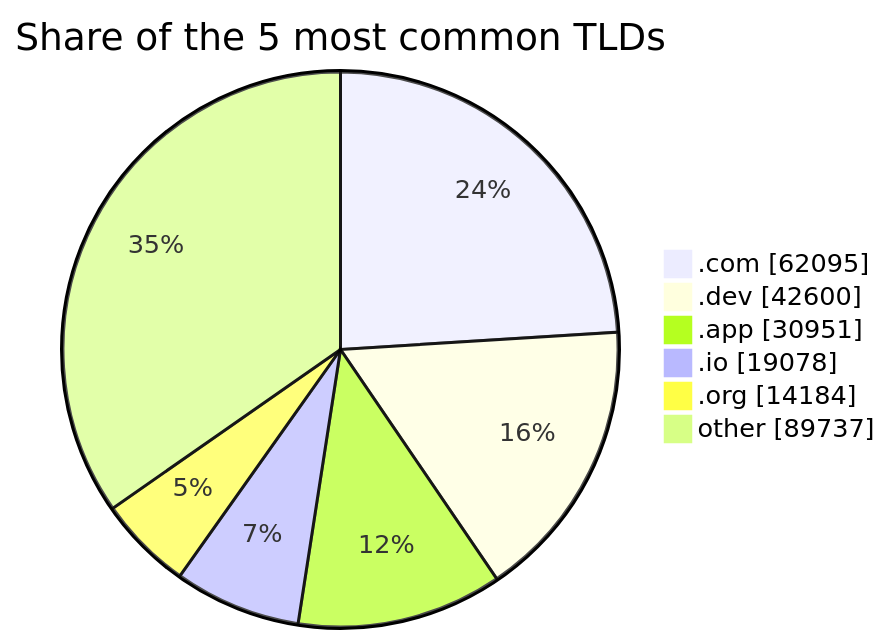
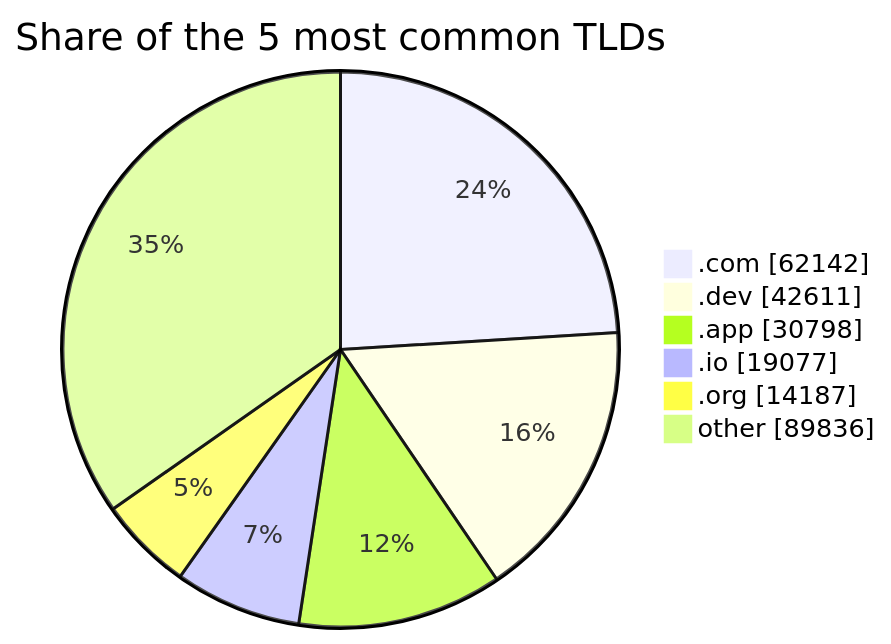
One commit to DNSBunker/CTI changed the second of 2 diagrams in README.md. Above: the diagram before and after it, drawn with Mermaid. The commit also changed other lines of this file and 3 other files, not shown here.

````diff
--- a/README.md
+++ b/README.md
@@ -72,9 +72,9 @@
 ```mermaid
 pie showData title Share of the 5 most common TLDs
-    ".com" : 62095
-    ".dev" : 42600
-    ".app" : 30951
-    ".io" : 19078
-    ".org" : 14184
-    "other" : 89737
+    ".com" : 62142
+    ".dev" : 42611
+    ".app" : 30798
+    ".io" : 19077
+    ".org" : 14187
+    "other" : 89836
 ```
````
